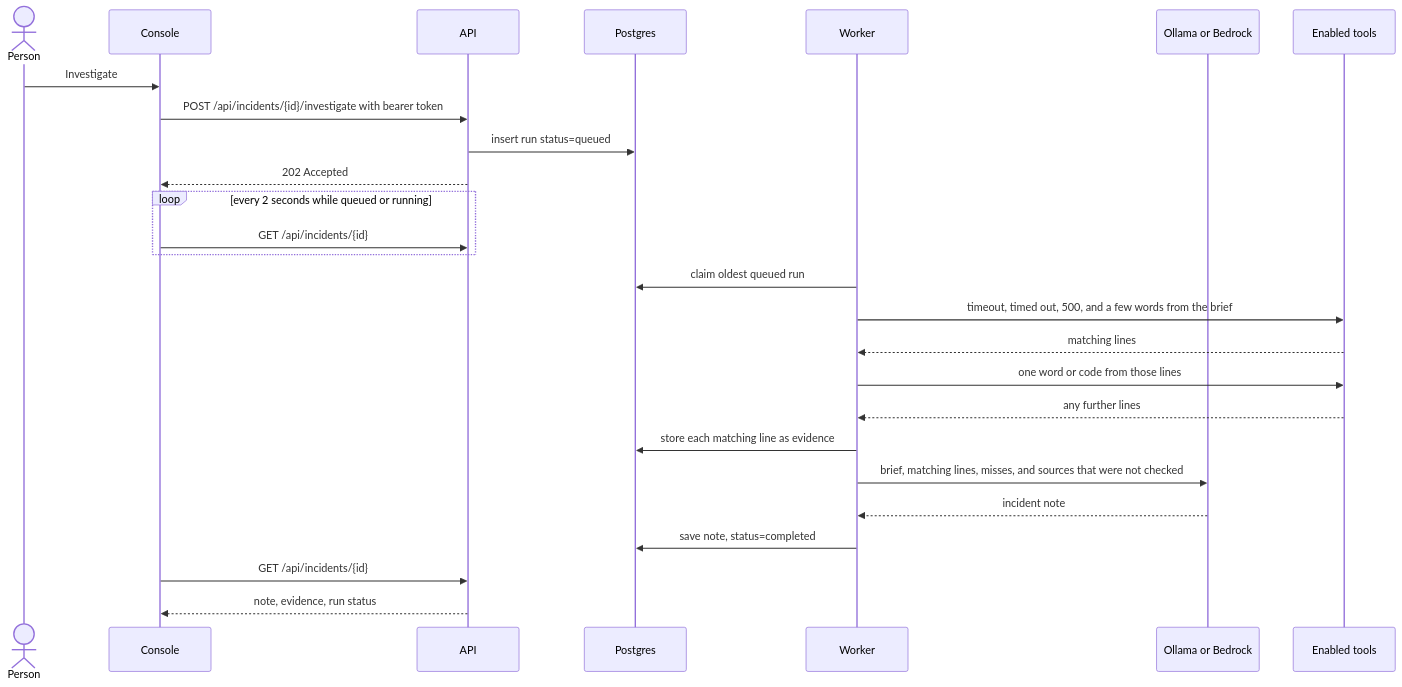
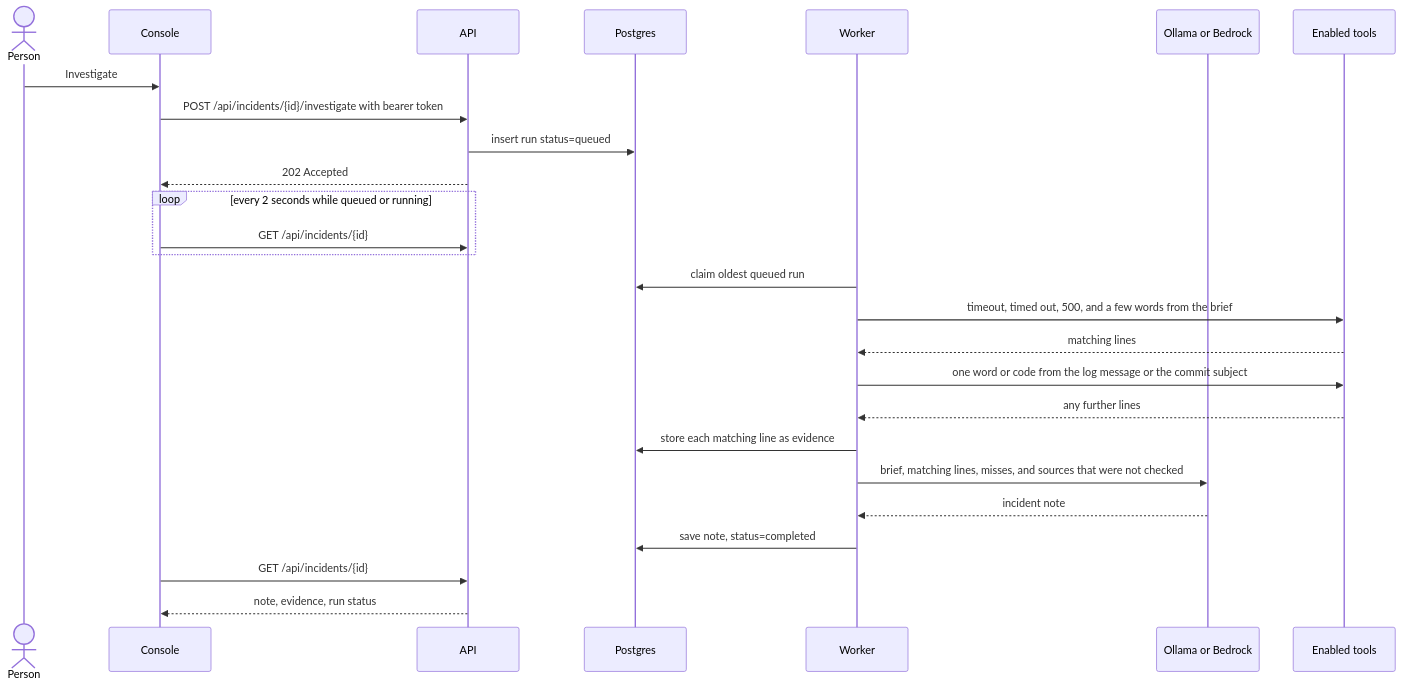
Before and after one commit to SaifulJnU/incident-investigation-agent: the third of 3 diagrams in prd/system-design.md, drawn with Mermaid. The commit also changed 6 other files, not shown here.

Commit message:
feat: take the follow-up search from the log message, not the connector label

````diff
--- a/prd/system-design.md
+++ b/prd/system-design.md
@@ -54,28 +54,28 @@
 ```mermaid
 sequenceDiagram
   actor Person
   participant Console
   participant API
   participant DB as Postgres
   participant Worker
   participant Model as Ollama or Bedrock
   participant Logs as Enabled tools
   Person->>Console: Investigate
   Console->>API: POST /api/incidents/{id}/investigate with bearer token
   API->>DB: insert run status=queued
   API-->>Console: 202 Accepted
   loop every 2 seconds while queued or running
     Console->>API: GET /api/incidents/{id}
   end
   Worker->>DB: claim oldest queued run
   Worker->>Logs: timeout, timed out, 500, and a few words from the brief
   Logs-->>Worker: matching lines
-  Worker->>Logs: one word or code from those lines
+  Worker->>Logs: one word or code from the log message or the commit subject
   Logs-->>Worker: any further lines
   Worker->>DB: store each matching line as evidence
   Worker->>Model: brief, matching lines, misses, and sources that were not checked
   Model-->>Worker: incident note
   Worker->>DB: save note, status=completed
   Console->>API: GET /api/incidents/{id}
   API-->>Console: note, evidence, run status
 ```
````
